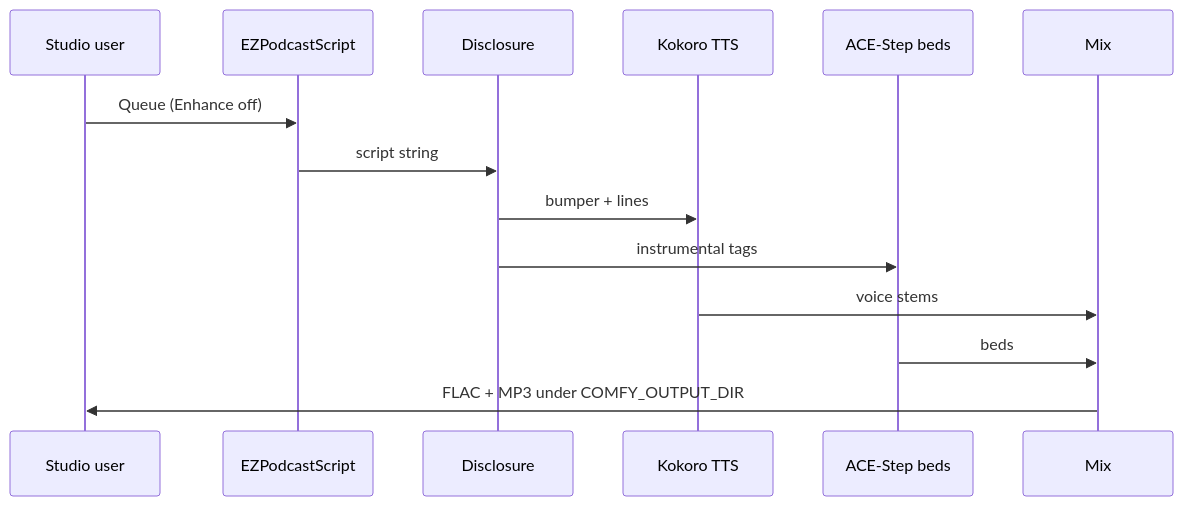
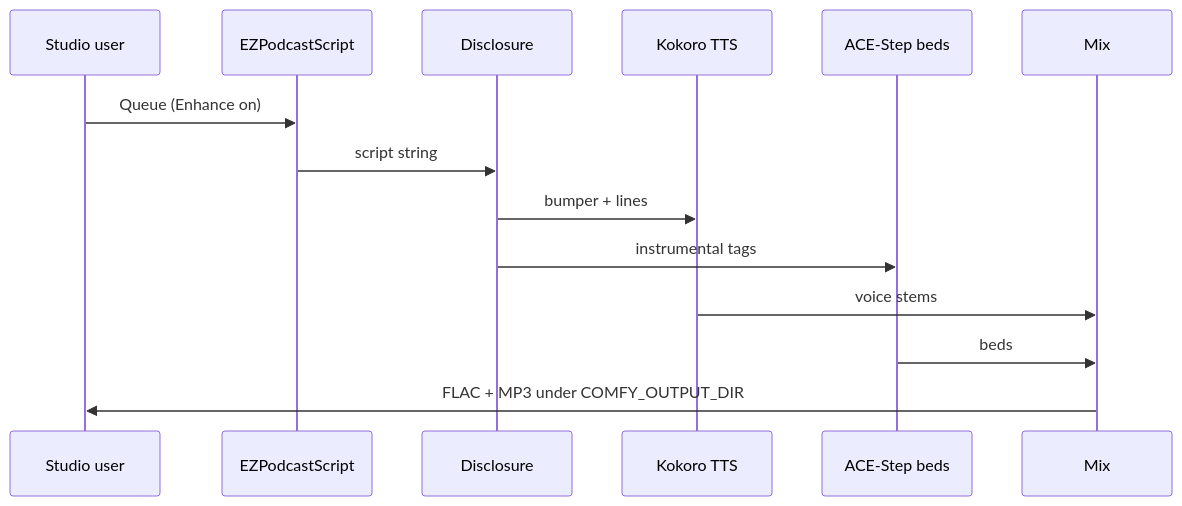
Before and after one commit to toxicoder/ez-comfy-stack: the diagram in docs/podcast.md, drawn with Mermaid. The commit also changed other lines of this file and 109 other files, not shown here.

````diff
--- a/docs/podcast.md
+++ b/docs/podcast.md
@@ -132,17 +132,17 @@
 ```mermaid
 sequenceDiagram
   participant U as Studio user
   participant S as EZPodcastScript
   participant D as Disclosure
   participant K as Kokoro TTS
   participant A as ACE-Step beds
   participant M as Mix
 
-  U->>S: Queue (Enhance off)
+  U->>S: Queue (Enhance on)
   S->>D: script string
   D->>K: bumper + lines
   D->>A: instrumental tags
   K->>M: voice stems
   A->>M: beds
   M->>U: FLAC + MP3 under COMFY_OUTPUT_DIR
 ```
````
